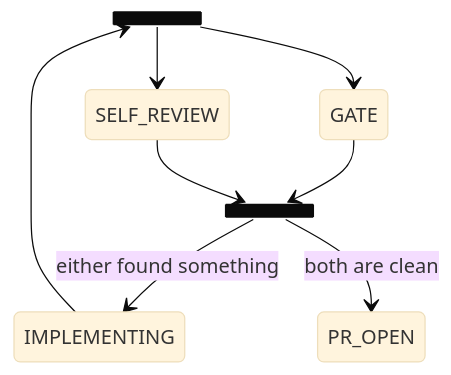
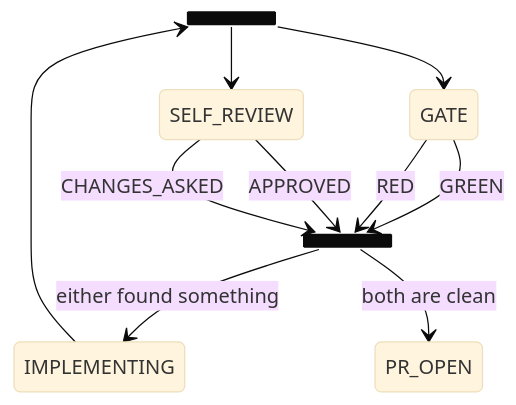
One commit to nicolasmelo1/amy changed the second of 2 diagrams in plans/a-workflow-runs-on-lanes.md. Above: the diagram before and after it, drawn with Mermaid (base theme). The commit also changed other lines of this file and 3 other files, not shown here.

````diff
--- a/plans/a-workflow-runs-on-lanes.md
+++ b/plans/a-workflow-runs-on-lanes.md
@@ -98,13 +124,15 @@
 ```mermaid
 stateDiagram-v2
     state checks <<fork>>
     state verdict <<join>>
     IMPLEMENTING --> checks
     checks --> GATE
     checks --> SELF_REVIEW
-    GATE --> verdict
-    SELF_REVIEW --> verdict
+    GATE --> verdict: GREEN
+    GATE --> verdict: RED
+    SELF_REVIEW --> verdict: APPROVED
+    SELF_REVIEW --> verdict: CHANGES_ASKED
     verdict --> IMPLEMENTING: either found something
     verdict --> PR_OPEN: both are clean
     class GATE, SELF_REVIEW call
 ```
````
